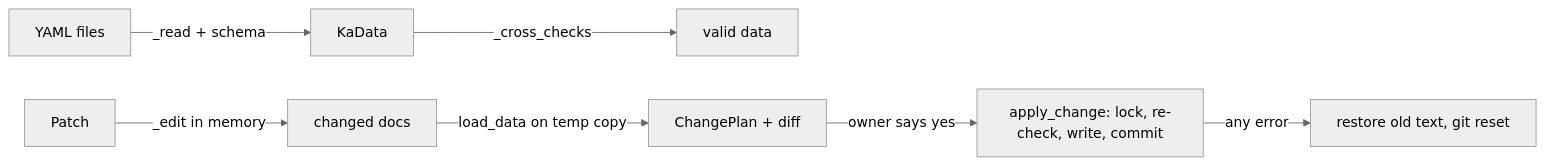
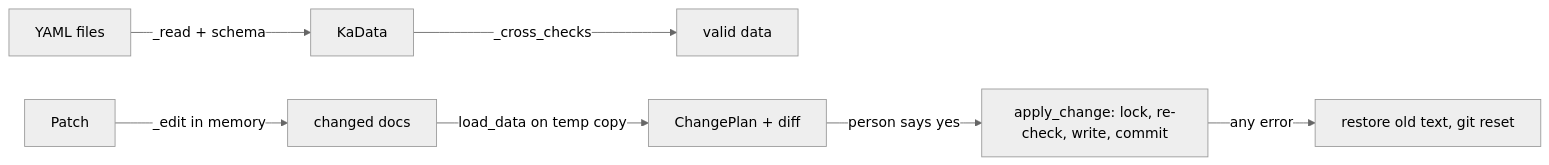
Before and after one commit to sarathkumar365/Ka: the diagram in context/flows/data-repo.md, drawn with Mermaid (neutral theme). The commit also changed other lines of this file and 85 other files, not shown here.

````diff
--- a/context/flows/data-repo.md
+++ b/context/flows/data-repo.md
@@ -5,9 +5,9 @@
 ```mermaid
 flowchart LR
     Y[YAML files] -->|_read + schema| M[KaData]
     M -->|_cross_checks| OK[valid data]
     P[Patch] -->|_edit in memory| C[changed docs]
     C -->|load_data on temp copy| D[ChangePlan + diff]
-    D -->|owner says yes| A[apply_change: lock, re-check, write, commit]
+    D -->|person says yes| A[apply_change: lock, re-check, write, commit]
     A -->|any error| R[restore old text, git reset]
 ```
````
